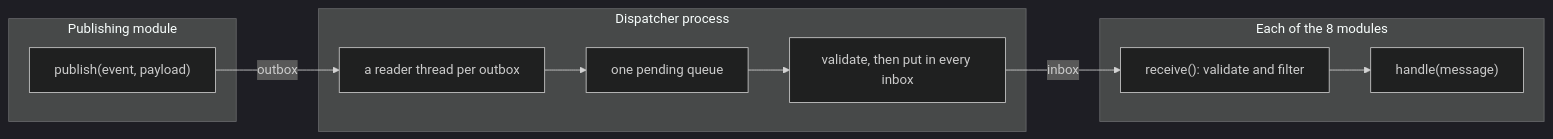
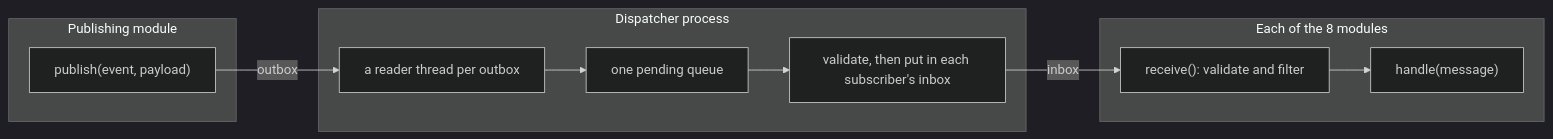
Before and after one commit to marcpage/libranet: the seventh of 13 diagrams in docs/implementation/Module System.md, drawn with Mermaid (dark theme). The commit also changed other lines of this file and 12 other files, not shown here.

````diff
--- a/docs/implementation/Module System.md
+++ b/docs/implementation/Module System.md
@@ -688,19 +694,19 @@
 ```mermaid
 flowchart LR
     subgraph pubside["Publishing module"]
         pub["publish(event, payload)"]
     end
     subgraph dispside["Dispatcher process"]
         reader["a reader thread per outbox"]
         pending["one pending queue"]
-        broadcast["validate, then put in every inbox"]
-        reader --> pending --> broadcast
+        deliver["validate, then put in each subscriber's inbox"]
+        reader --> pending --> deliver
     end
     subgraph subside["Each of the 8 modules"]
         rcv["receive(): validate and filter"]
         hdl["handle(message)"]
         rcv --> hdl
     end
     pub -->|"outbox"| reader
-    broadcast -->|"inbox"| rcv
+    deliver -->|"inbox"| rcv
 ```
````
